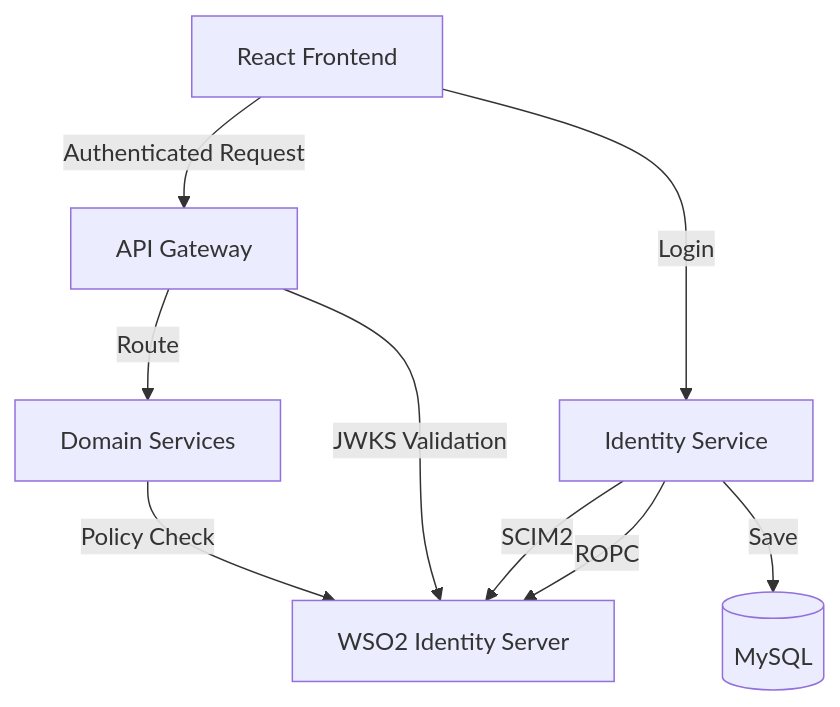
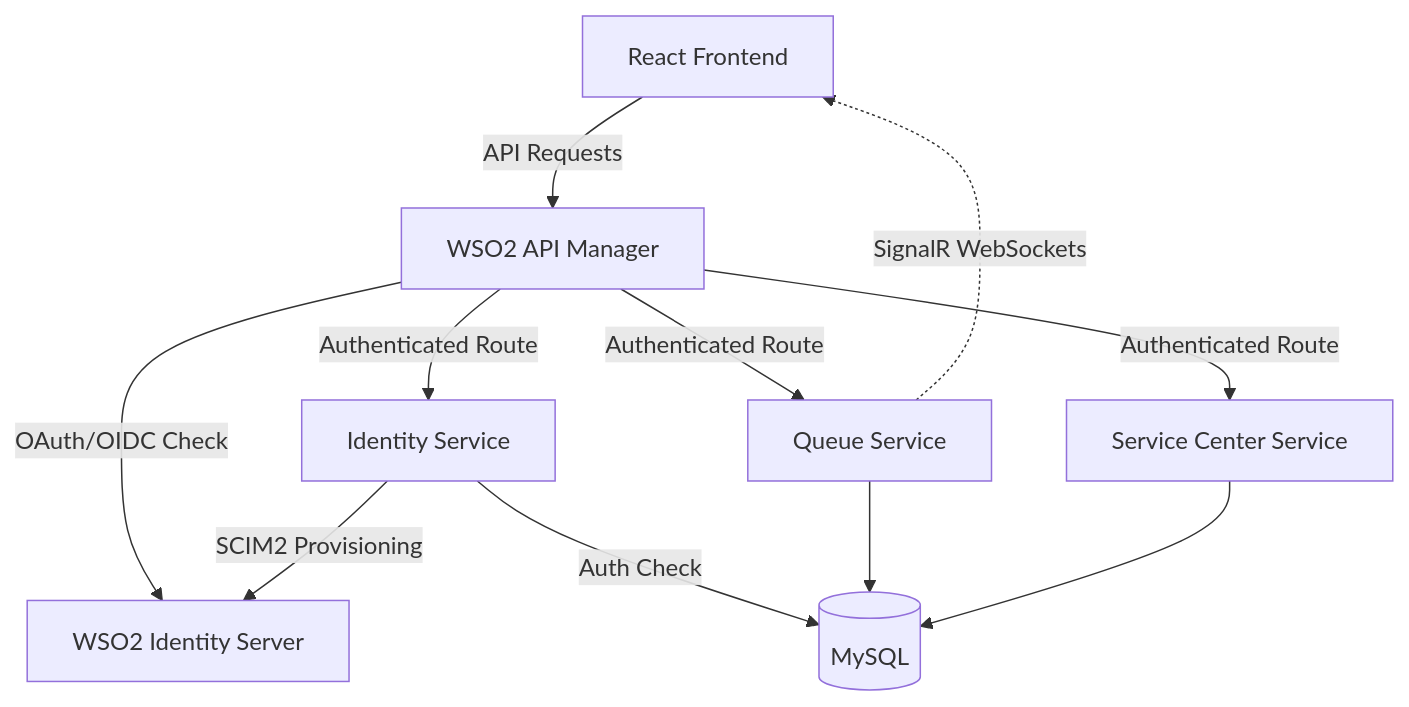
One commit to Hesara2003/Qlanka-pro changed the diagram in README.md. Above: the diagram before and after it, drawn with Mermaid. The commit also changed other lines of this file, not shown here.

Commit message:
docs: include WSO2 API Manager in the platform architecture and documentation

````diff
--- a/README.md
+++ b/README.md
@@ -71,12 +33,16 @@
 ```mermaid
 flowchart TD
-    Client[React Frontend] -->|Login| ID[Identity Service]
-    ID -->|ROPC| WSO2[WSO2 Identity Server]
-    ID -->|SCIM2| WSO2
-    ID -->|Save| DB[(MySQL)]
+    Client[React Frontend] -->|API Requests| APIM[WSO2 API Manager]
+    APIM -->|OAuth/OIDC Check| WSO2IS[WSO2 Identity Server]
     
-    Client -->|Authenticated Request| GW[API Gateway]
-    GW -->|JWKS Validation| WSO2
-    GW -->|Route| Services[Domain Services]
-    Services -->|Policy Check| WSO2
+    APIM -->|Authenticated Route| ID[Identity Service]
+    APIM -->|Authenticated Route| Q[Queue Service]
+    APIM -->|Authenticated Route| SC[Service Center Service]
+    
+    ID -->|SCIM2 Provisioning| WSO2IS
+    ID -->|Auth Check| DB[(MySQL)]
+    Q --> DB
+    SC --> DB
+    
+    Q -.->|SignalR WebSockets| Client
 ```
````
